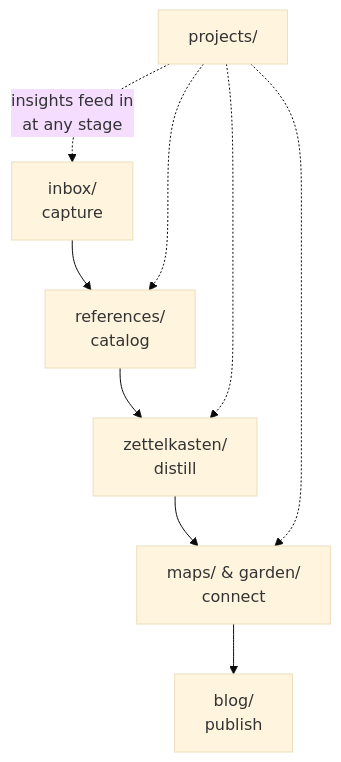
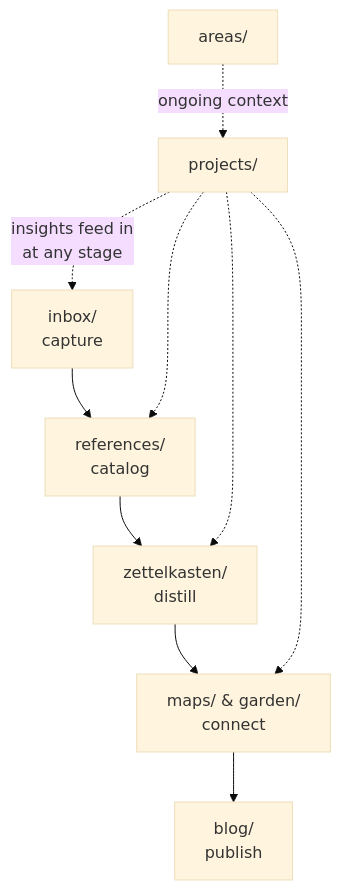
The second of 2 diagrams in README.md (bgk0018/example-vault), drawn with Mermaid (base theme) before and after one commit. The commit also changed other lines of this file and 76 other files, not shown here.

````diff
--- a/README.md
+++ b/README.md
@@ -67,13 +67,14 @@
 ```mermaid
 flowchart TD
     I["inbox/<br>capture"] --> R["references/<br>catalog"]
     R --> Z["zettelkasten/<br>distill"]
     Z --> MG["maps/ & garden/<br>connect"]
     MG --> B["blog/<br>publish"]
-    P["projects/"] -.->|"insights feed in<br>at any stage"| I
+    A["areas/"] -.->|"ongoing context"| P["projects/"]
+    P -.->|"insights feed in<br>at any stage"| I
     P -.-> R
     P -.-> Z
     P -.-> MG
     class MG green-node
     class B orange-node
 ```
````
